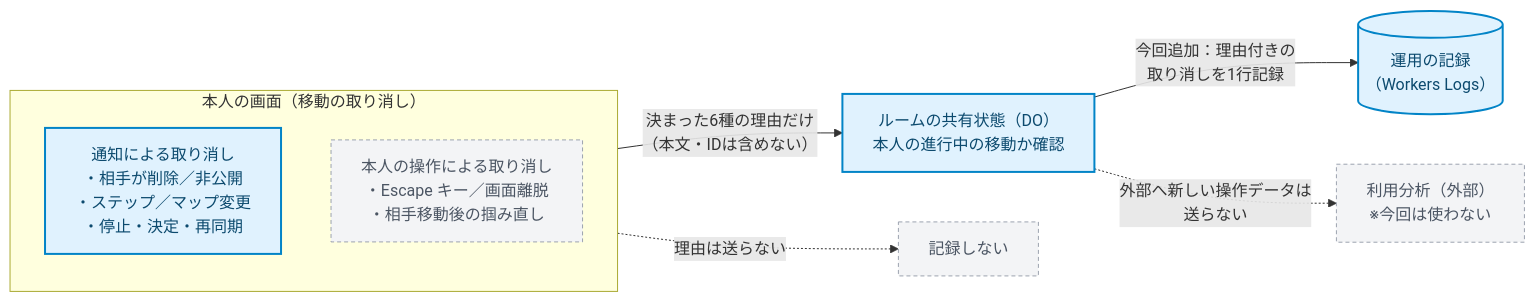
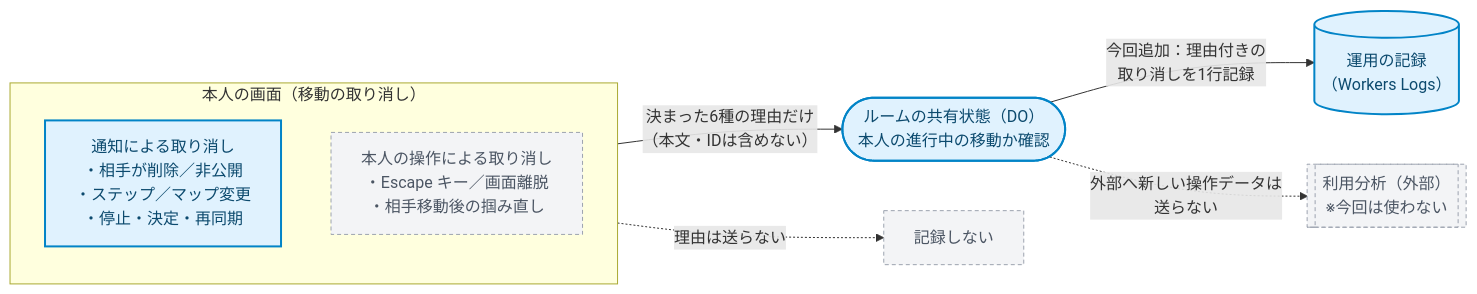
Before and after one commit to engineer-first/idea-boost: the fourth of 5 diagrams in .agents/skills/write-pr/references/diagrams.md, drawn with Mermaid. The commit also changed other lines of this file and 6 other files, not shown here.

First line of the commit message:
仕組みの図の部品・言葉カタログを1か所へ集約し、描画検査を省く (#1467)

````diff
--- a/.agents/skills/write-pr/references/diagrams.md
+++ b/.agents/skills/write-pr/references/diagrams.md
@@ -77,19 +119,19 @@
 ```mermaid
 flowchart LR
   subgraph Client["本人の画面（移動の取り消し）"]
     direction TB
     EvNotify["通知による取り消し<br/>・相手が削除／非公開<br/>・ステップ／マップ変更<br/>・停止・決定・再同期"]
     EvSelf["本人の操作による取り消し<br/>・Escape キー／画面離脱<br/>・相手移動後の掴み直し"]
   end
 
-  EvNotify -->|"決まった6種の理由だけ<br/>（本文・IDは含めない）"| Room["ルームの共有状態（DO）<br/>本人の進行中の移動か確認"]
+  EvNotify -->|"決まった6種の理由だけ<br/>（本文・IDは含めない）"| Room(["ルームの共有状態（DO）<br/>本人の進行中の移動か確認"])
   EvSelf -.->|"理由は送らない"| Skip["記録しない"]
 
   Room -->|"今回追加：理由付きの<br/>取り消しを1行記録"| Logs[("運用の記録<br/>（Workers Logs）")]
-  Room -.->|"外部へ新しい操作データは<br/>送らない"| Ext["利用分析（外部）<br/>※今回は使わない"]
+  Room -.->|"外部へ新しい操作データは<br/>送らない"| Ext[["利用分析（外部）<br/>※今回は使わない"]]
 
   classDef changed fill:#e0f2fe,stroke:#0284c7,stroke-width:2px,color:#0c4a6e
   classDef muted fill:#f3f4f6,stroke:#9ca3af,stroke-dasharray:4 3,color:#4b5563
   class EvNotify,Room,Logs changed
   class EvSelf,Skip,Ext muted
 ```
````
